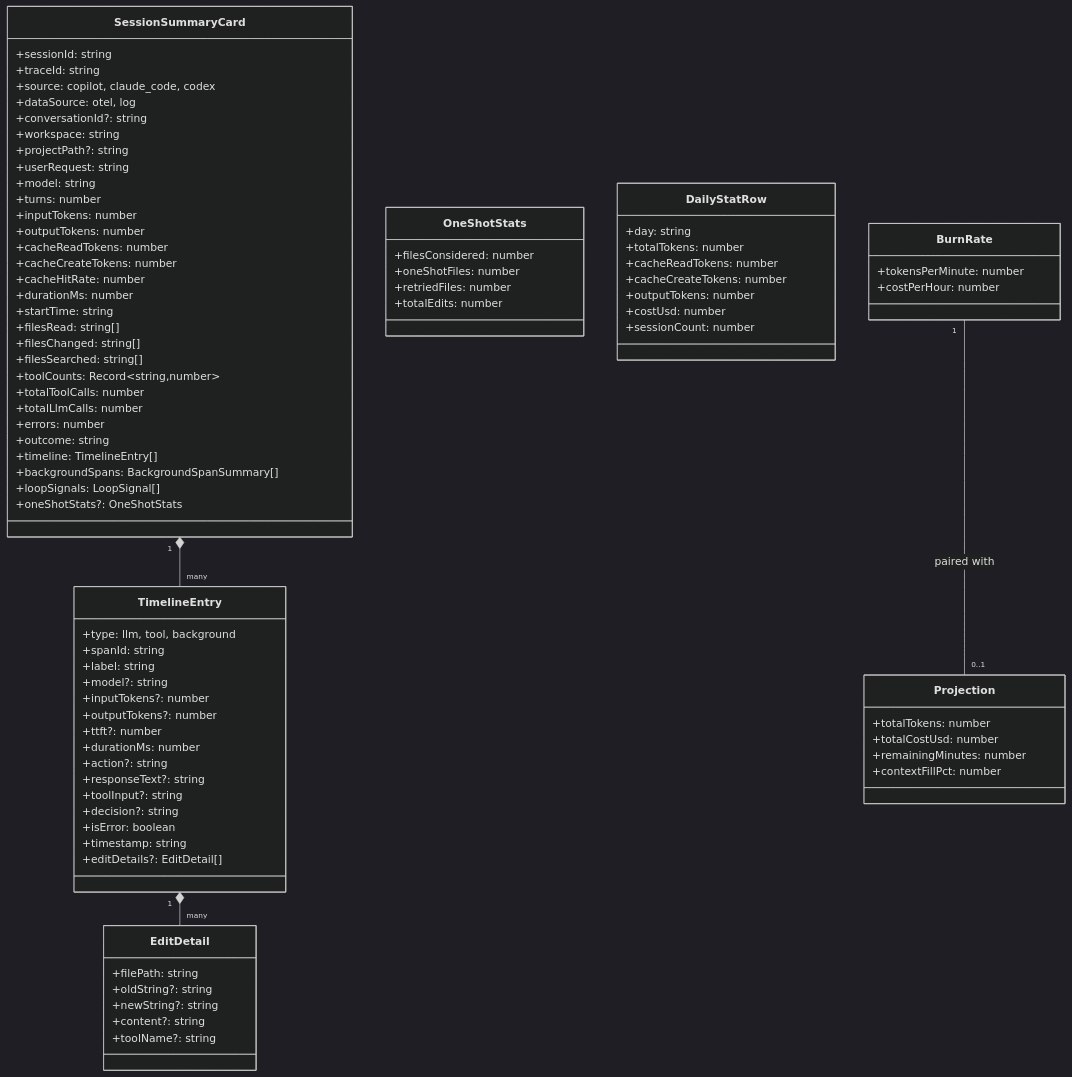
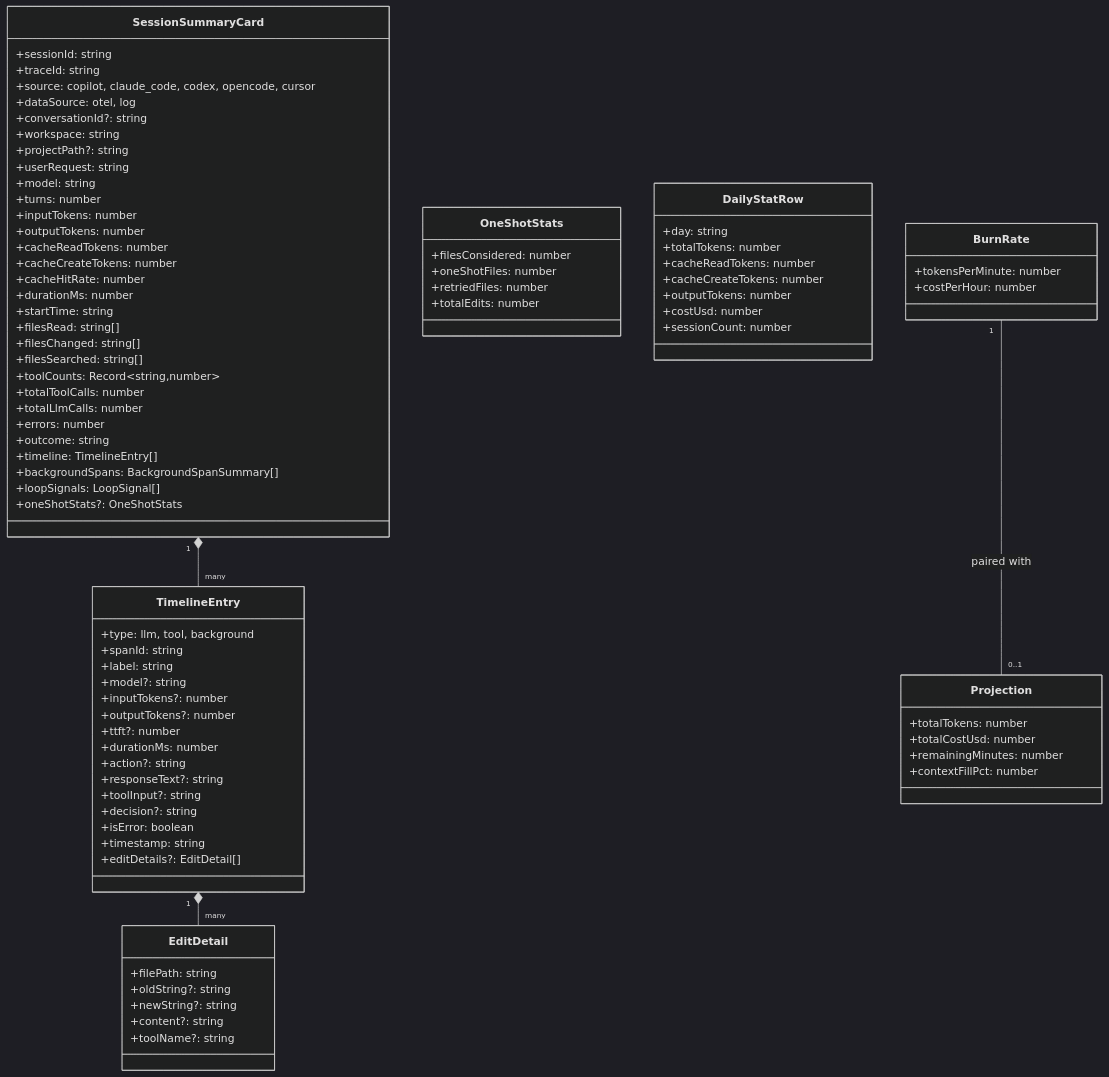
Diagram 12 of 20 in ARCHITECTURE.md (traceroost/core), drawn with Mermaid (dark theme) before and after one commit. The commit also changed other lines of this file and 59 other files, not shown here.

```diff
--- a/ARCHITECTURE.md
+++ b/ARCHITECTURE.md
@@ -631,7 +631,7 @@
     class SessionSummaryCard {
         +sessionId: string
         +traceId: string
-        +source: copilot, claude_code, codex
+        +source: copilot, claude_code, codex, opencode, cursor
         +dataSource: otel, log
         +conversationId?: string
         +workspace: string
```
